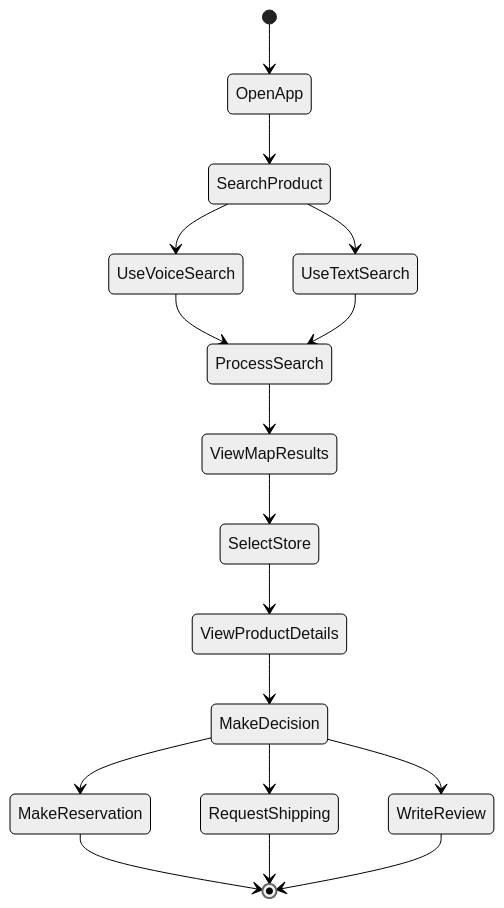
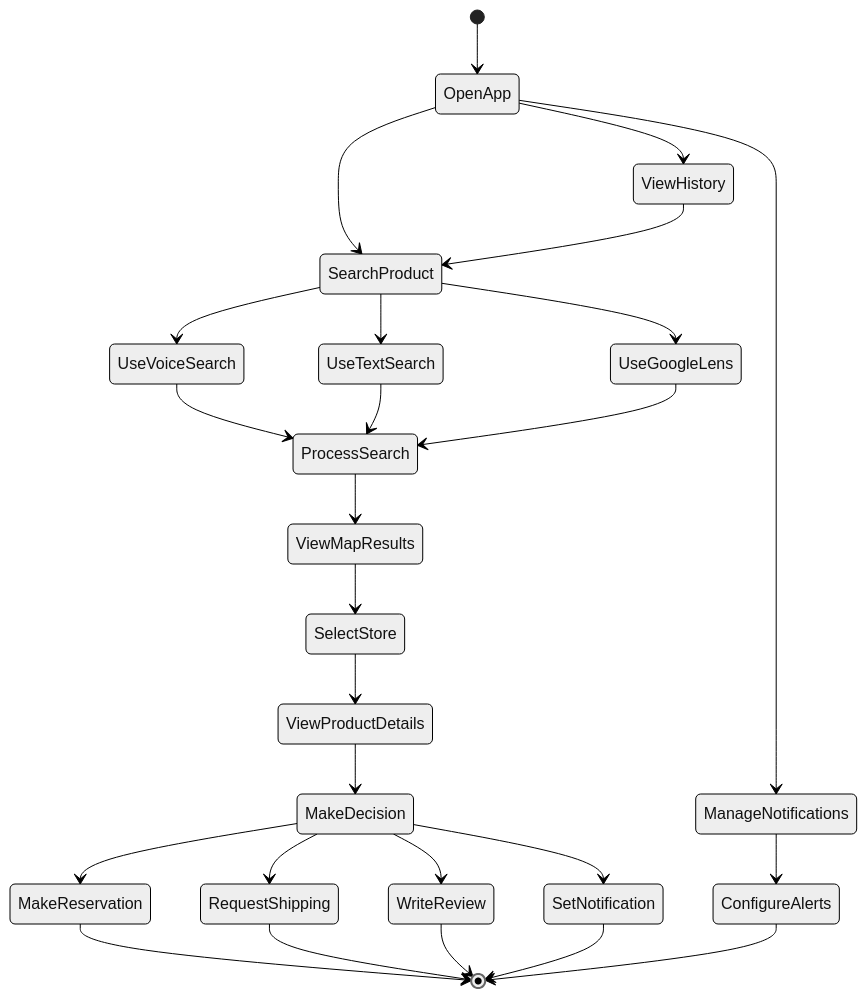
The fifth of 7 diagrams in Work/SPIT Hackathon/Main Document.md (r04nx/obsidian), drawn with Mermaid (neutral theme) before and after one commit. The commit also changed other lines of this file and 25 other files, not shown here.

````diff
--- a/Work/SPIT Hackathon/Main Document.md
+++ b/Work/SPIT Hackathon/Main Document.md
@@ -252,19 +309,28 @@
 ```mermaid
 stateDiagram-v2
     [*] --> OpenApp
     OpenApp --> SearchProduct
+    OpenApp --> ViewHistory
+    OpenApp --> ManageNotifications
     SearchProduct --> UseVoiceSearch
     SearchProduct --> UseTextSearch
+    SearchProduct --> UseGoogleLens
     UseVoiceSearch --> ProcessSearch
     UseTextSearch --> ProcessSearch
+    UseGoogleLens --> ProcessSearch
     ProcessSearch --> ViewMapResults
     ViewMapResults --> SelectStore
     SelectStore --> ViewProductDetails
     ViewProductDetails --> MakeDecision
     MakeDecision --> MakeReservation
     MakeDecision --> RequestShipping
     MakeDecision --> WriteReview
+    MakeDecision --> SetNotification
+    ViewHistory --> SearchProduct
+    ManageNotifications --> ConfigureAlerts
     MakeReservation --> [*]
     RequestShipping --> [*]
     WriteReview --> [*]
+    SetNotification --> [*]
+    ConfigureAlerts --> [*]
 ```
````
